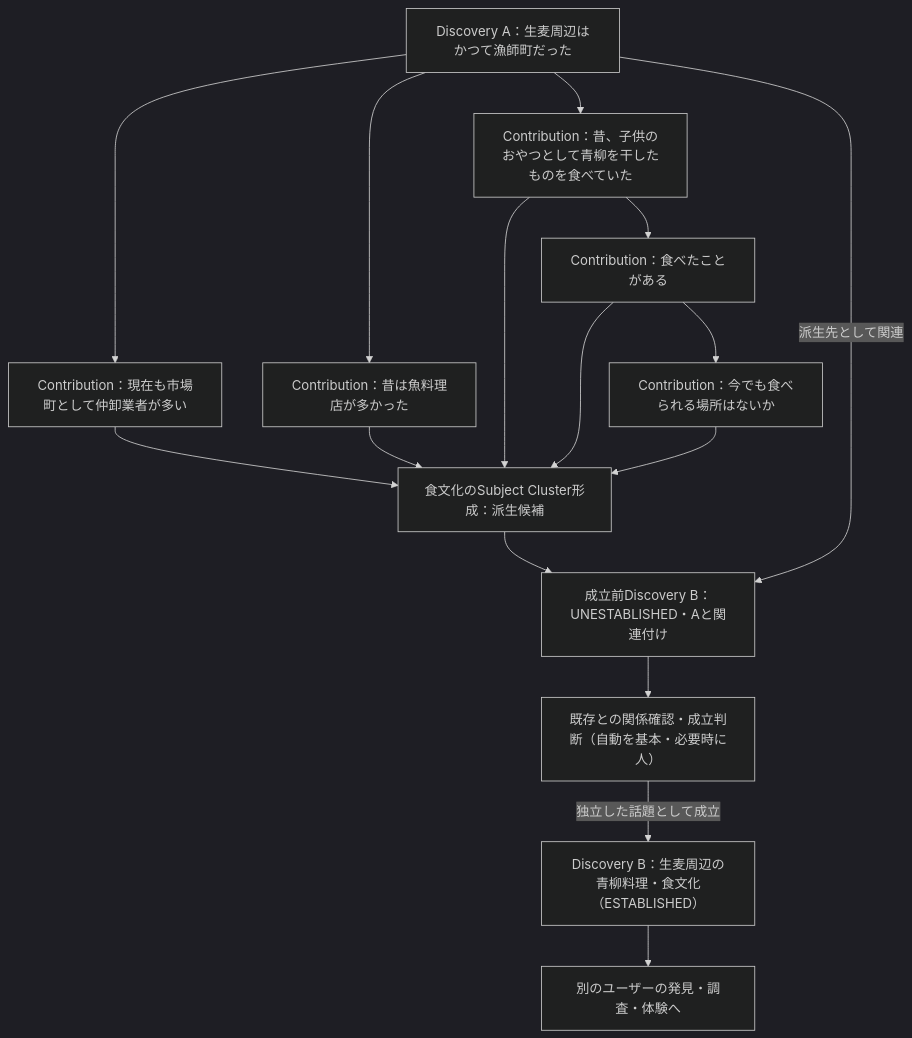
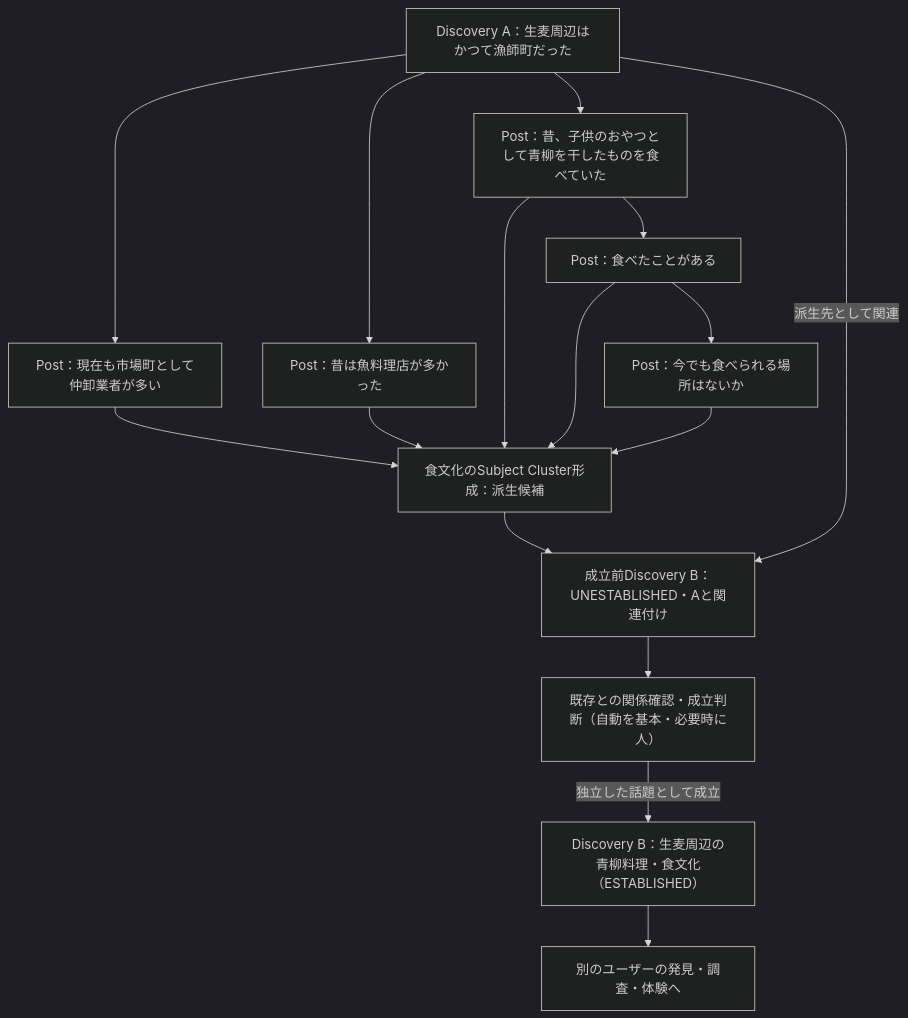
One commit to ex-day/platform changed the fourth of 6 diagrams in docs/ex-day_domain_model.md. Above: the diagram before and after it, drawn with Mermaid (dark theme). The commit also changed other lines of this file and 3 other files, not shown here.

First line of the commit message:
docs: rename Contribution to Post in upper-level documents (Issue #58)

````diff
--- a/docs/ex-day_domain_model.md
+++ b/docs/ex-day_domain_model.md
@@ -501,29 +503,29 @@
 ```mermaid
 flowchart TD
     A["Discovery A：生麦周辺はかつて漁師町だった"]
-    C1["Contribution：現在も市場町として仲卸業者が多い"]
-    C2["Contribution：昔は魚料理店が多かった"]
-    C3["Contribution：昔、子供のおやつとして青柳を干したものを食べていた"]
-    C4["Contribution：食べたことがある"]
-    C5["Contribution：今でも食べられる場所はないか"]
+    C1["Post：現在も市場町として仲卸業者が多い"]
+    C2["Post：昔は魚料理店が多かった"]
+    C3["Post：昔、子供のおやつとして青柳を干したものを食べていた"]
+    C4["Post：食べたことがある"]
+    C5["Post：今でも食べられる場所はないか"]
     F["食文化のSubject Cluster形成：派生候補"]
     BU["成立前Discovery B：UNESTABLISHED・Aと関連付け"]
     J["既存との関係確認・成立判断（自動を基本・必要時に人）"]
     B["Discovery B：生麦周辺の青柳料理・食文化（ESTABLISHED）"]
     E["別のユーザーの発見・調査・体験へ"]
     A --> C1
     A --> C2
     A --> C3
     C3 --> C4
     C4 --> C5
     C1 --> F
     C2 --> F
     C3 --> F
     C4 --> F
     C5 --> F
     F --> BU
     A -->|派生先として関連| BU
     BU --> J
     J -->|独立した話題として成立| B
     B --> E
 ```
````
